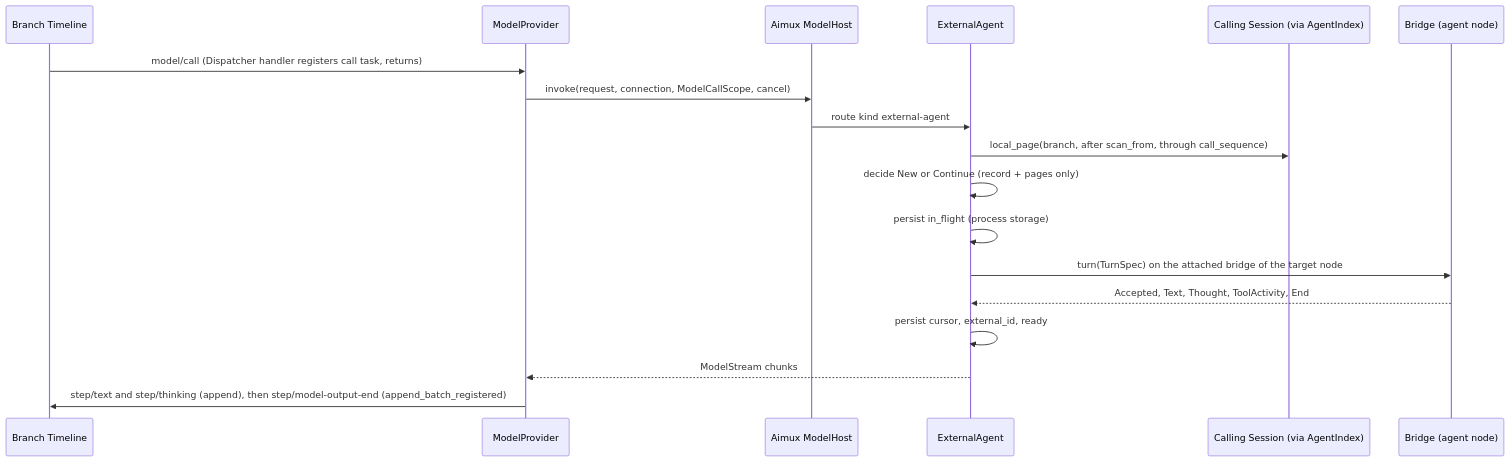
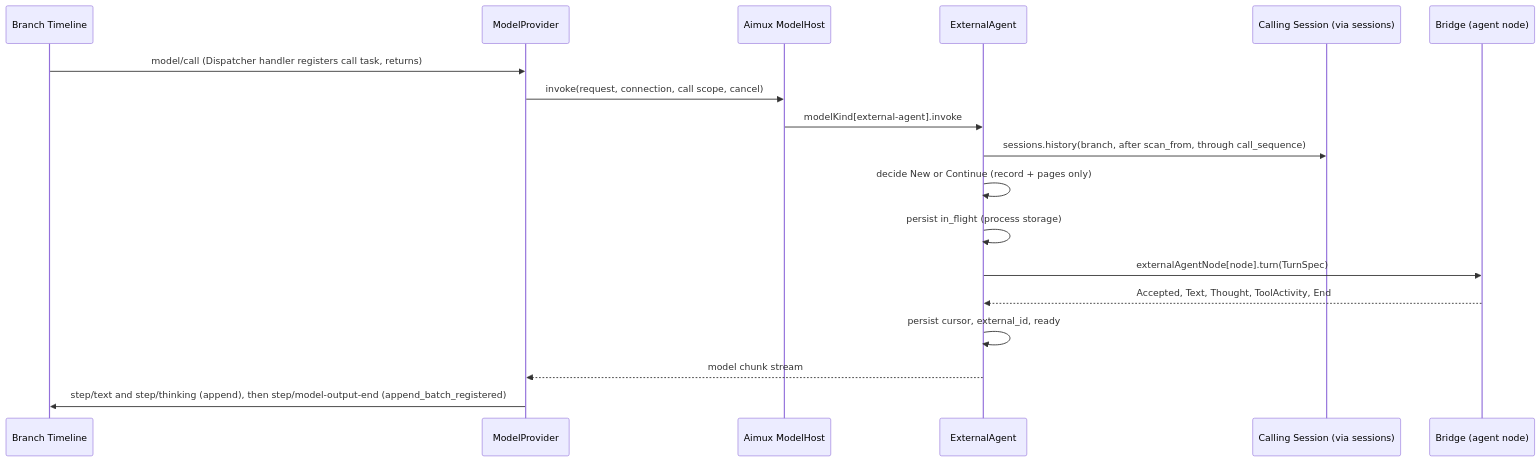
Before and after one commit to CoutinhoTTS/dim-agent: the third of 5 diagrams in docs/design/plugins/ExternalAgent.md, drawn with Mermaid. The commit also changed other lines of this file and 3 other files, not shown here.

Commit message:
docs(design): language-neutral contracts for Scheduler, Workflow, ExternalAgent and AcpGateway

````diff
--- a/docs/design/plugins/ExternalAgent.md
+++ b/docs/design/plugins/ExternalAgent.md
@@ -96,20 +95,20 @@
 ```mermaid
 sequenceDiagram
   participant TL as Branch Timeline
   participant MP as ModelProvider
   participant MH as Aimux ModelHost
   participant EA as ExternalAgent
-  participant SA as Calling Session (via AgentIndex)
+  participant SA as Calling Session (via sessions)
   participant BR as Bridge (agent node)
   TL->>MP: model/call (Dispatcher handler registers call task, returns)
-  MP->>MH: invoke(request, connection, ModelCallScope, cancel)
-  MH->>EA: route kind external-agent
-  EA->>SA: local_page(branch, after scan_from, through call_sequence)
+  MP->>MH: invoke(request, connection, call scope, cancel)
+  MH->>EA: modelKind[external-agent].invoke
+  EA->>SA: sessions.history(branch, after scan_from, through call_sequence)
   EA->>EA: decide New or Continue (record + pages only)
   EA->>EA: persist in_flight (process storage)
-  EA->>BR: turn(TurnSpec) on the attached bridge of the target node
+  EA->>BR: externalAgentNode[node].turn(TurnSpec)
   BR-->>EA: Accepted, Text, Thought, ToolActivity, End
   EA->>EA: persist cursor, external_id, ready
-  EA-->>MP: ModelStream chunks
+  EA-->>MP: model chunk stream
   MP->>TL: step/text and step/thinking (append), then step/model-output-end (append_batch_registered)
 ```
````
